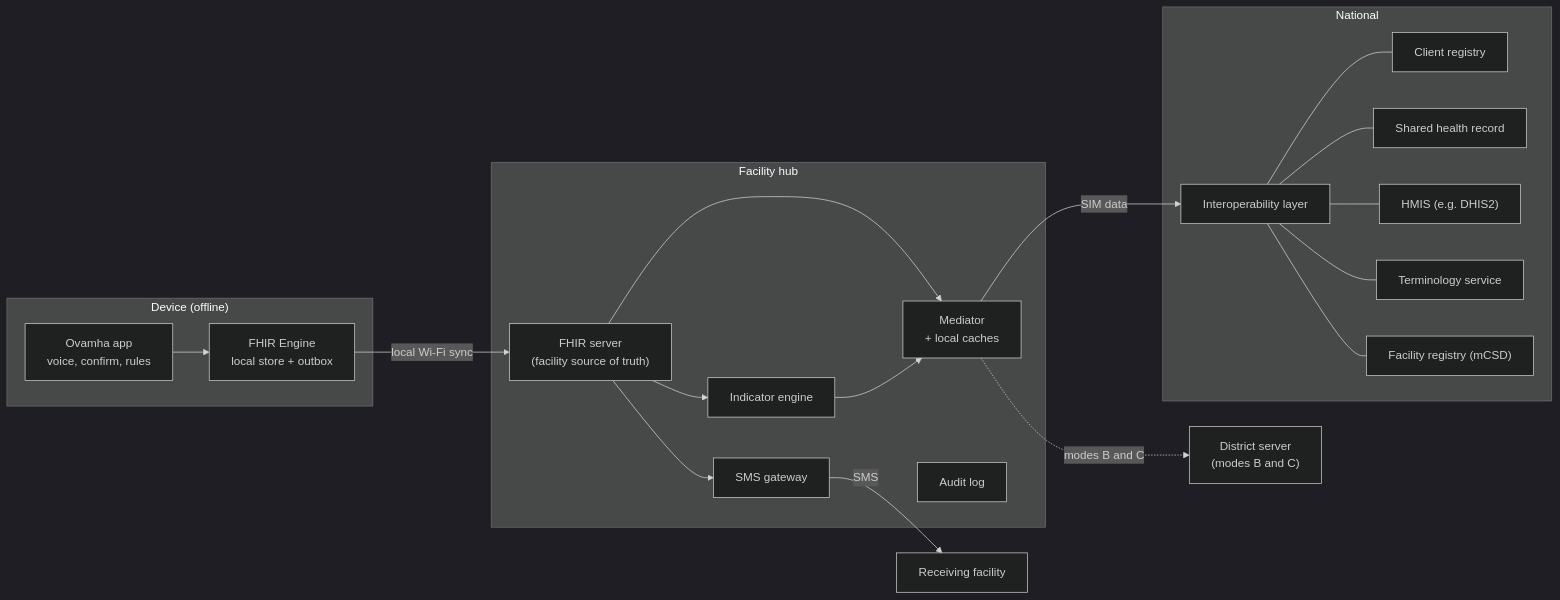
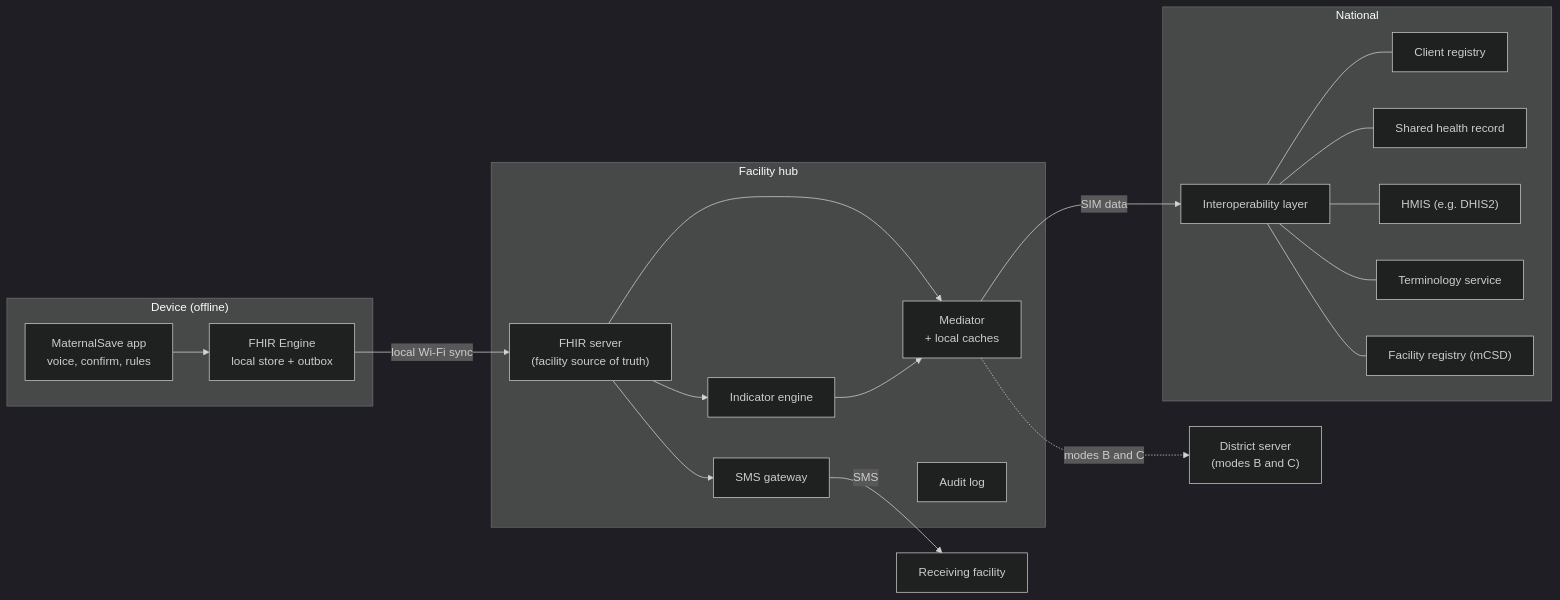
Before and after one commit to casualhuman/ovamha: the first of 3 diagrams in docs/architecture/README.md, drawn with Mermaid (dark theme). The commit also changed other lines of this file and 25 other files, not shown here.

First line of the commit message:
Rename the product to MaternalSave in the app and all docs

````diff
--- a/docs/architecture/README.md
+++ b/docs/architecture/README.md
@@ -73,30 +73,30 @@
 ```mermaid
 flowchart LR
   subgraph DEV["Device (offline)"]
-    APP["Ovamha app<br/>voice, confirm, rules"] --> ENG["FHIR Engine<br/>local store + outbox"]
+    APP["MaternalSave app<br/>voice, confirm, rules"] --> ENG["FHIR Engine<br/>local store + outbox"]
   end
   subgraph HUB["Facility hub"]
     FHIR["FHIR server<br/>(facility source of truth)"]
     MED["Mediator<br/>+ local caches"]
     SMS["SMS gateway"]
     IND["Indicator engine"]
     AUD["Audit log"]
     FHIR --> MED
     FHIR --> SMS
     FHIR --> IND --> MED
   end
   subgraph NAT["National"]
     HIE["Interoperability layer"]
     CR["Client registry"]
     SHR["Shared health record"]
     HMIS["HMIS (e.g. DHIS2)"]
     TERM["Terminology service"]
     FR["Facility registry (mCSD)"]
     HIE --- CR & SHR & HMIS & TERM & FR
   end
   DIST["District server<br/>(modes B and C)"]
   ENG -- "local Wi-Fi sync" --> FHIR
   SMS -- "SMS" --> RCV["Receiving facility"]
   MED -- "SIM data" --> HIE
   MED -. "modes B and C" .-> DIST
 ```
````
